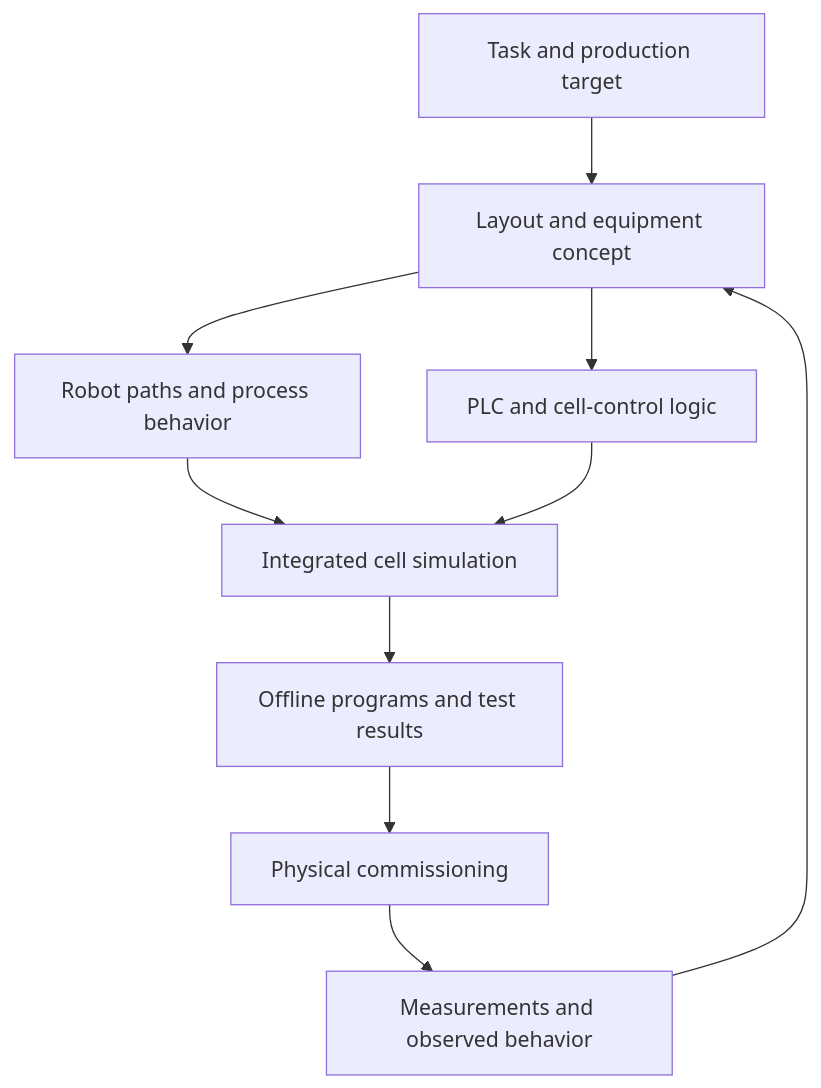
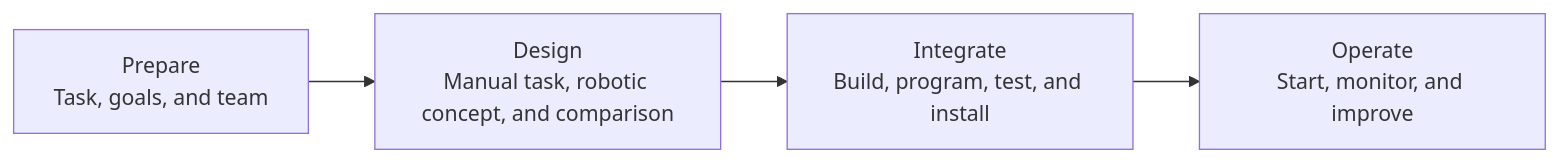
One commit to frdedynamics/Industrial-Robotics-and-PLCs changed the diagram in pages/simulation.qmd. Above: the diagram before and after it, drawn with Mermaid. The commit also changed other lines of this file and 2 other files, not shown here.

Commit message:
add reference for Box and Draper's work on empirical model-building; update simulation.qmd to enhance clarity and detail on simulation benefits and Lean Robotics integration

````diff
--- a/pages/simulation.qmd
+++ b/pages/simulation.qmd
@@ -163,14 +212,8 @@
 ```{mermaid}
 %%| label: fig-simulation-workflow
-%%| fig-cap: "Simulation supports repeated decisions from the first cell concept to physical commissioning. Measurements and changes from the real installation should be used to correct the model."
-flowchart TB
-    A["Task and production target"] --> B["Layout and equipment concept"]
-    B --> C["Robot paths and process behavior"]
-    B --> D["PLC and cell-control logic"]
-    C --> E["Integrated cell simulation"]
-    D --> E
-    E --> F["Offline programs and test results"]
-    F --> G["Physical commissioning"]
-    G --> H["Measurements and observed behavior"]
-    H --> B
+%%| fig-cap: "The four phases of robotic-cell deployment used in Lean Robotics. Simulation and Visual Components support work within each phase rather than forming a separate phase."
+flowchart LR
+    A["Prepare<br/>Task, goals, and team"] --> B["Design<br/>Manual task, robotic concept, and comparison"]
+    B --> C["Integrate<br/>Build, program, test, and install"]
+    C --> D["Operate<br/>Start, monitor, and improve"]
 ```
````
